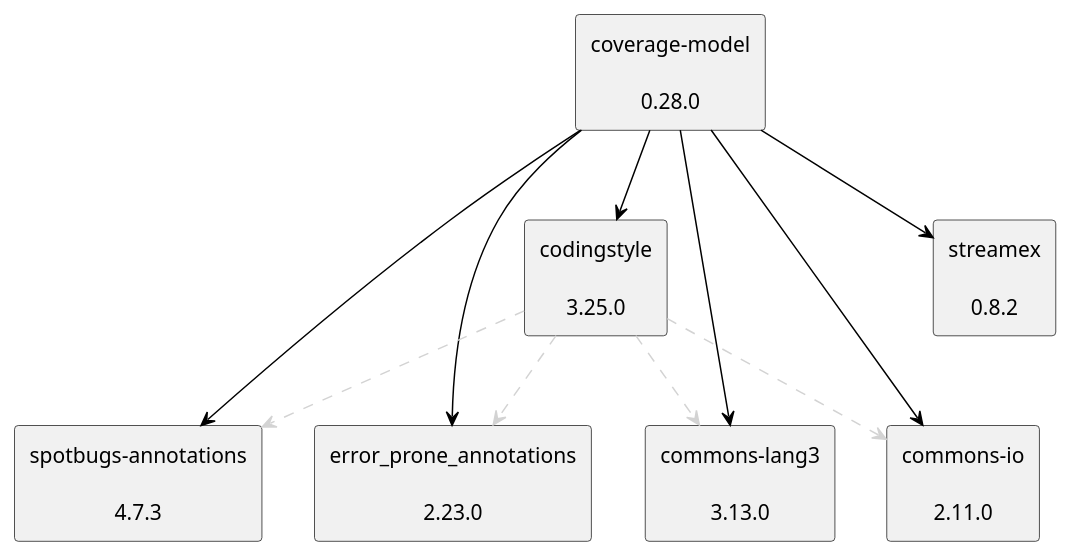
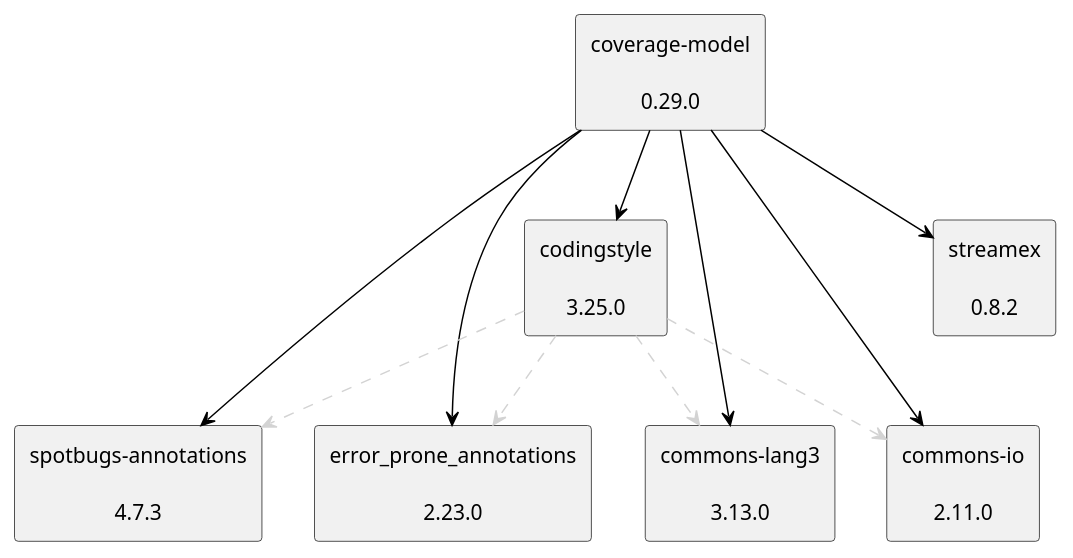
One commit to jenkinsci/coverage-model changed the diagram in doc/dependency-graph.puml. Above: the diagram before and after it, drawn with PlantUML.

Commit message:
Update dependency-graph.puml to latest versions.

```diff
--- a/doc/dependency-graph.puml
+++ b/doc/dependency-graph.puml
@@ -1,26 +1,26 @@
 @startuml
 skinparam defaultTextAlignment center
 skinparam rectangle {
   BackgroundColor<<optional>> beige
   BackgroundColor<<test>> lightGreen
   BackgroundColor<<runtime>> lightBlue
   BackgroundColor<<provided>> lightGray
 }
-rectangle "coverage-model\n\n0.28.0" as edu_hm_hafner_coverage_model_jar
+rectangle "coverage-model\n\n0.29.0" as edu_hm_hafner_coverage_model_jar
 rectangle "spotbugs-annotations\n\n4.7.3" as com_github_spotbugs_spotbugs_annotations_jar
 rectangle "error_prone_annotations\n\n2.23.0" as com_google_errorprone_error_prone_annotations_jar
 rectangle "streamex\n\n0.8.2" as one_util_streamex_jar
 rectangle "codingstyle\n\n3.25.0" as edu_hm_hafner_codingstyle_jar
 rectangle "commons-lang3\n\n3.13.0" as org_apache_commons_commons_lang3_jar
 rectangle "commons-io\n\n2.11.0" as commons_io_commons_io_jar
 edu_hm_hafner_coverage_model_jar -[#000000]-> com_github_spotbugs_spotbugs_annotations_jar
 edu_hm_hafner_coverage_model_jar -[#000000]-> com_google_errorprone_error_prone_annotations_jar
 edu_hm_hafner_coverage_model_jar -[#000000]-> one_util_streamex_jar
 edu_hm_hafner_codingstyle_jar .[#D3D3D3].> com_github_spotbugs_spotbugs_annotations_jar
 edu_hm_hafner_codingstyle_jar .[#D3D3D3].> com_google_errorprone_error_prone_annotations_jar
 edu_hm_hafner_codingstyle_jar .[#D3D3D3].> org_apache_commons_commons_lang3_jar
 edu_hm_hafner_codingstyle_jar .[#D3D3D3].> commons_io_commons_io_jar
 edu_hm_hafner_coverage_model_jar -[#000000]-> edu_hm_hafner_codingstyle_jar
 edu_hm_hafner_coverage_model_jar -[#000000]-> org_apache_commons_commons_lang3_jar
 edu_hm_hafner_coverage_model_jar -[#000000]-> commons_io_commons_io_jar
 @enduml
```
